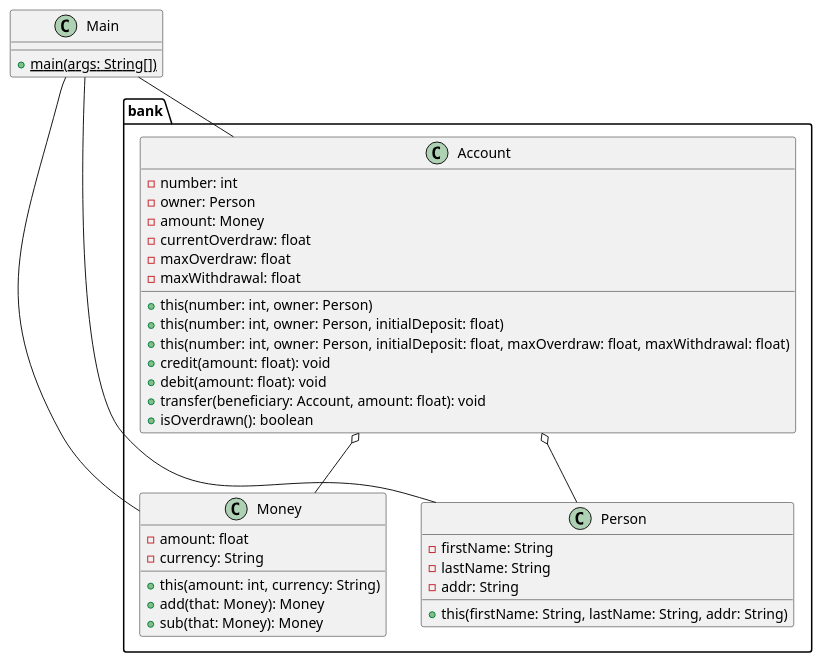
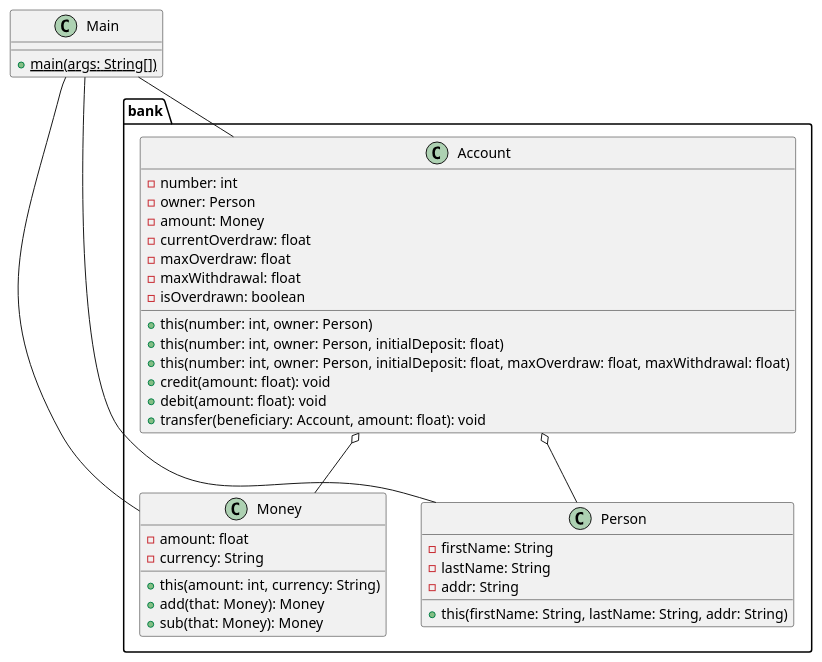
One commit to dallatIkes/GL_TP1 changed the diagram in class_diag.puml. Above: the diagram before and after it, drawn with PlantUML.

Commit message:
updated class diagram

```diff
--- a/class_diag.puml
+++ b/class_diag.puml
@@ -1,43 +1,43 @@
 @startuml
 package bank {
 class Money {
 - amount: float
 - currency: String
 + this(amount: int, currency: String)
 + add(that: Money): Money
 + sub(that: Money): Money
 }
 
 class Person{
 - firstName: String
 - lastName: String
 - addr: String
 + this(firstName: String, lastName: String, addr: String)
 }
 class Account{
 - number: int
 - owner: Person
 - amount: Money
 - currentOverdraw: float
 - maxOverdraw: float
 - maxWithdrawal: float
+- isOverdrawn: boolean
 + this(number: int, owner: Person)
 + this(number: int, owner: Person, initialDeposit: float)
 + this(number: int, owner: Person, initialDeposit: float, maxOverdraw: float, maxWithdrawal: float)
 + credit(amount: float): void
 + debit(amount: float): void
 + transfer(beneficiary: Account, amount: float): void
-+ isOverdrawn(): boolean
 }
 }
 class Main {
 + {static} main(args: String[])
 }
 
 Main -- Money
 Main -- Account
 Main -- Person
 
 Account o-- Money
 Account o-- Person
 @enduml
```
